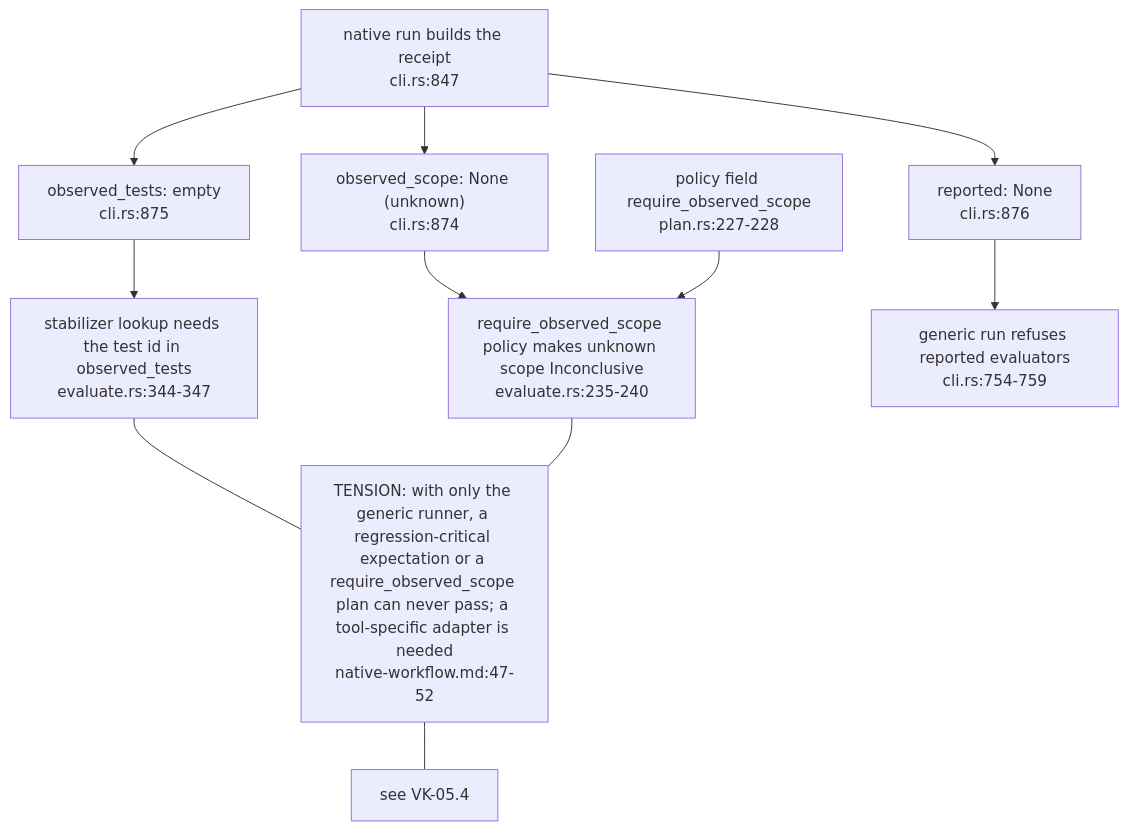
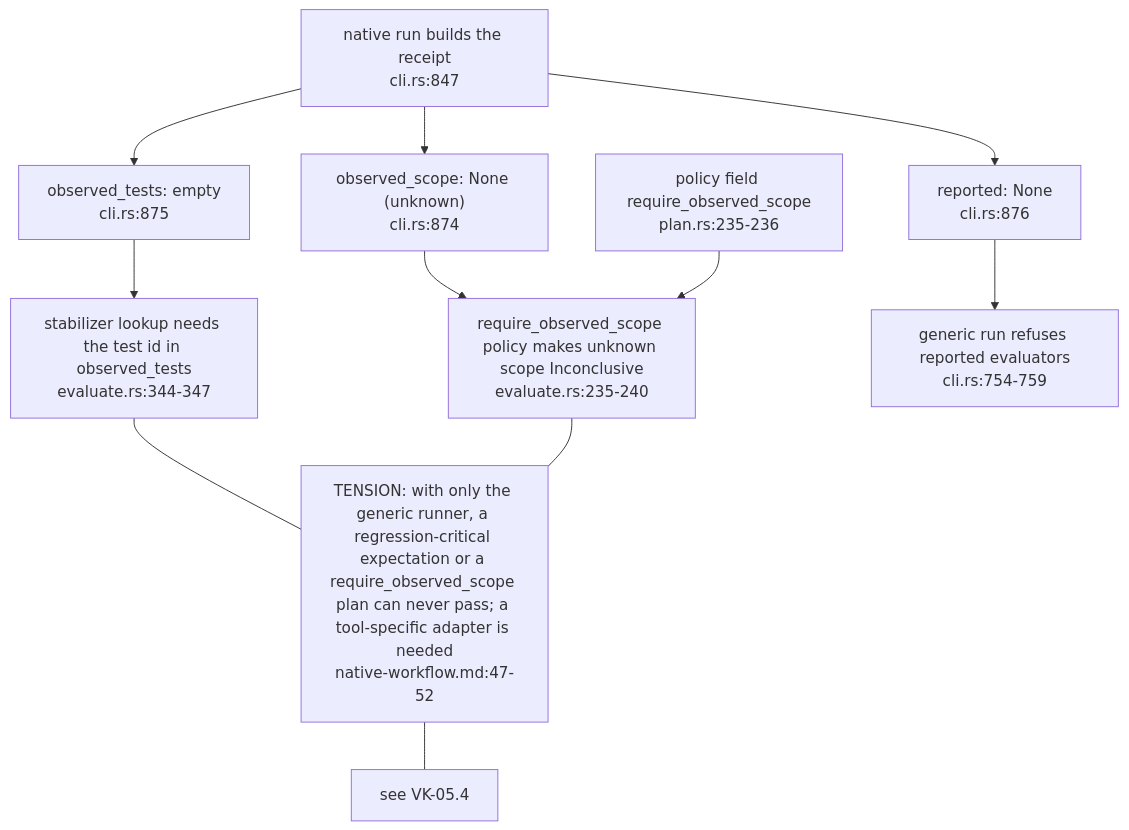
Before and after one commit to DreamLab-AI/VisionFlow: the sixth of 6 diagrams in docs/diagrams/visioncraft/02-method-lifecycle-expectation-to-gate.md, drawn with Mermaid. The commit also changed other lines of this file and 48 other files, not shown here.

Commit message:
docs: reconcile estate repairs and first diagram refresh batch

````diff
--- a/docs/diagrams/visioncraft/02-method-lifecycle-expectation-to-gate.md
+++ b/docs/diagrams/visioncraft/02-method-lifecycle-expectation-to-gate.md
@@ -197,23 +197,23 @@
 ```mermaid
 flowchart TB
     RUN["native run builds the receipt<br/>cli.rs:847"]
     OS["observed_scope: None (unknown)<br/>cli.rs:874"]
     OT["observed_tests: empty<br/>cli.rs:875"]
     RP["reported: None<br/>cli.rs:876"]
     ST["stabilizer lookup needs the test id in observed_tests<br/>evaluate.rs:344-347"]
     RS["require_observed_scope policy makes unknown scope Inconclusive<br/>evaluate.rs:235-240"]
     RF["generic run refuses reported evaluators<br/>cli.rs:754-759"]
-    POL["policy field require_observed_scope<br/>plan.rs:227-228"]
+    POL["policy field require_observed_scope<br/>plan.rs:235-236"]
     RUN --> OS
     RUN --> OT
     RUN --> RP
     OT --> ST
     OS --> RS
     POL --> RS
     RP --> RF
     N1["TENSION: with only the generic runner, a regression-critical expectation or a require_observed_scope plan can never pass; a tool-specific adapter is needed<br/>native-workflow.md:47-52"]
     N2["see VK-05.4"]
     ST --- N1
     RS --- N1
     N1 --- N2
 ```
````
